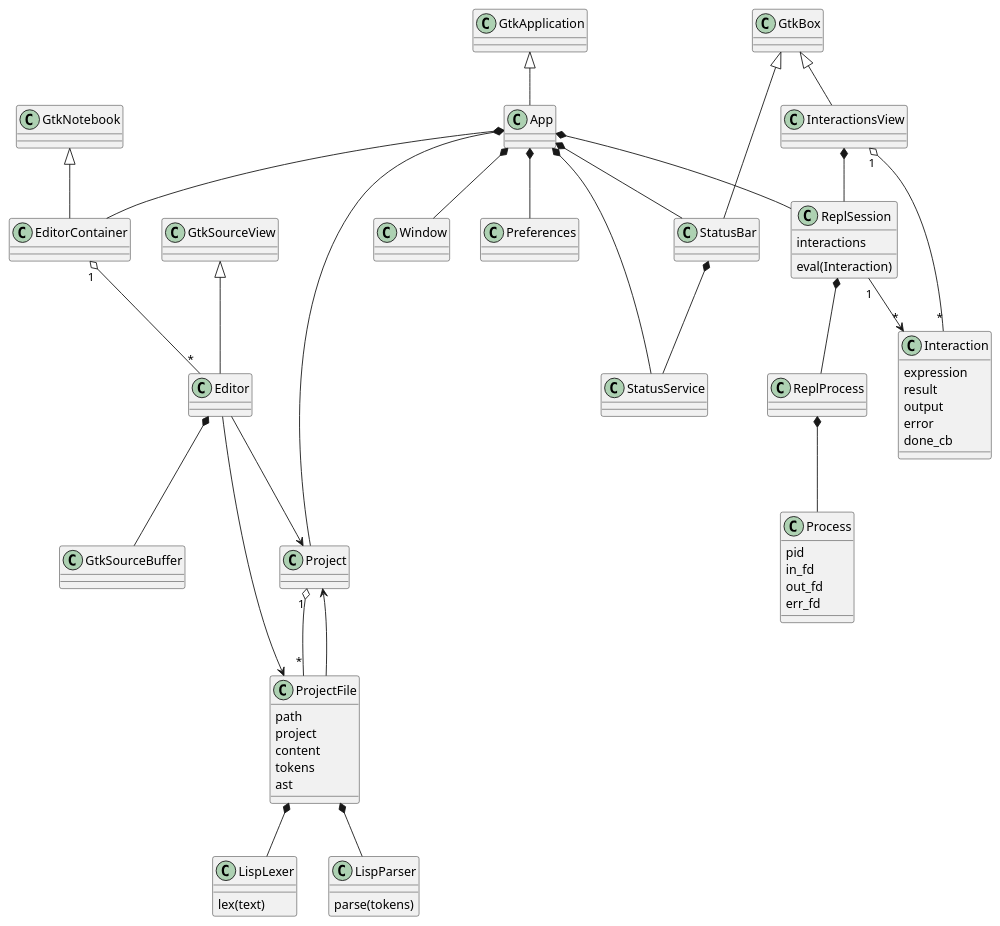
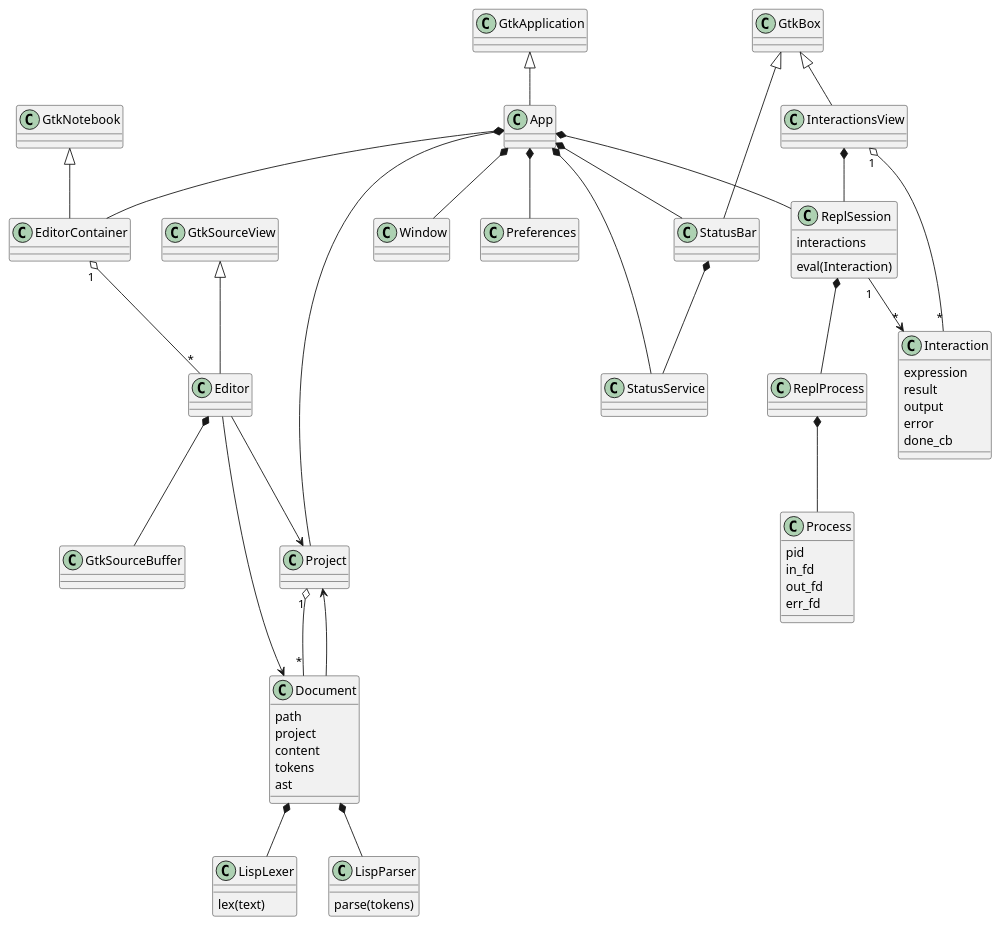
One commit to JeromeA/glide changed the diagram in doc/classes.plantuml. Above: the diagram before and after it, drawn with PlantUML. The commit also changed 43 other files, not shown here.

```diff
--- a/doc/classes.plantuml
+++ b/doc/classes.plantuml
@@ -1,54 +1,54 @@
 @startuml
 
 GtkApplication <|-- App
 App *-- Project
 App *-- ReplSession
 App *-- Window
 App *-- EditorContainer
 App *-- Preferences
 App *-- StatusBar
 App *-- StatusService
 StatusBar *-- StatusService
 
 GtkSourceView <|-- Editor
 Editor *-- GtkSourceBuffer
 Editor --> Project
-Editor --> ProjectFile
+Editor --> Document
 GtkNotebook <|-- EditorContainer
 EditorContainer "1" o-- "*" Editor
 
-Project "1" o-- "*" ProjectFile
+Project "1" o-- "*" Document
 
-ProjectFile *-- LispLexer
-ProjectFile *-- LispParser
-ProjectFile : path
-ProjectFile : project
-ProjectFile : content
-ProjectFile : tokens
-ProjectFile : ast
-ProjectFile --> Project
+Document *-- LispLexer
+Document *-- LispParser
+Document : path
+Document : project
+Document : content
+Document : tokens
+Document : ast
+Document --> Project
 
 GtkBox <|-- InteractionsView
 GtkBox <|-- StatusBar
 InteractionsView "1" o-- "*" Interaction
 InteractionsView *-- ReplSession
 Interaction : expression
 Interaction : result
 Interaction : output
 Interaction : error
 Interaction : done_cb
 ReplSession : eval(Interaction)
 ReplSession : interactions
 ReplSession "1" --> "*" Interaction
 ReplSession *-- ReplProcess
 ReplProcess *-- Process
 
 Process : pid
 Process : in_fd
 Process : out_fd
 Process : err_fd
 
 LispLexer : lex(text)
 LispParser : parse(tokens)
 
 @enduml
```
